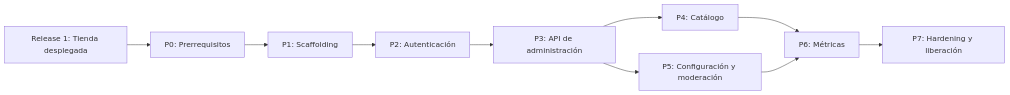
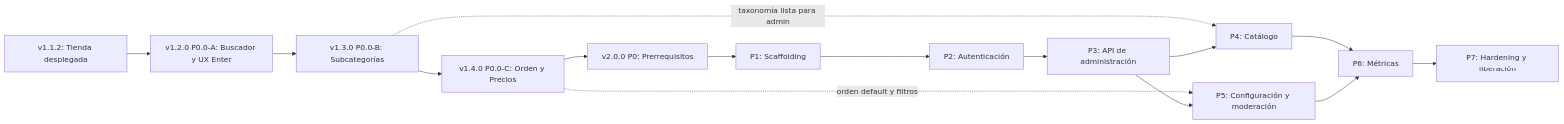
Before and after one commit to Jose-Pablo-Martinez/lectorPobre-catalog: the second of 2 diagrams in docs/panelControlImplementacion.md, drawn with Mermaid. The commit also changed other lines of this file and 24 other files, not shown here.

````diff
--- a/docs/panelControlImplementacion.md
+++ b/docs/panelControlImplementacion.md
@@ -430,12 +650,17 @@
 ```mermaid
 graph LR
-    R1[Release 1: Tienda desplegada] --> P0[P0: Prerrequisitos]
-    P0 --> P1[P1: Scaffolding]
-    P1 --> P2[P2: Autenticación]
-    P2 --> P3[P3: API de administración]
-    P3 --> P4[P4: Catálogo]
-    P3 --> P5[P5: Configuración y moderación]
-    P4 --> P6[P6: Métricas]
+    R1["v1.1.2: Tienda desplegada"] --> V12["v1.2.0 P0.0-A: Buscador y UX Enter"]
+    V12 --> V13["v1.3.0 P0.0-B: Subcategorías"]
+    V13 --> V14["v1.4.0 P0.0-C: Orden y Precios"]
+    V14 --> P0["v2.0.0 P0: Prerrequisitos"]
+    P0 --> P1["P1: Scaffolding"]
+    V13 -. "taxonomía lista para admin" .-> P4["P4: Catálogo"]
+    V14 -. "orden default y filtros" .-> P5["P5: Configuración y moderación"]
+    P1 --> P2["P2: Autenticación"]
+    P2 --> P3["P3: API de administración"]
+    P3 --> P4
+    P3 --> P5
+    P4 --> P6["P6: Métricas"]
     P5 --> P6
-    P6 --> P7[P7: Hardening y liberación]
+    P6 --> P7["P7: Hardening y liberación"]
 ```
````
